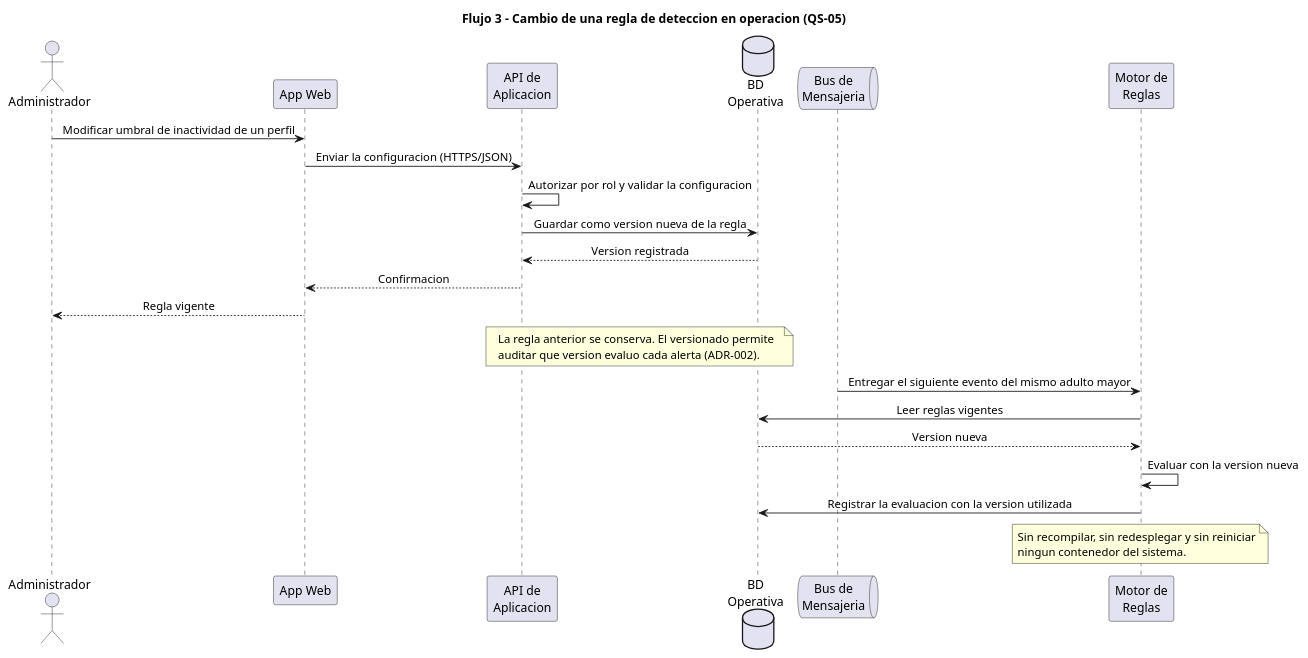
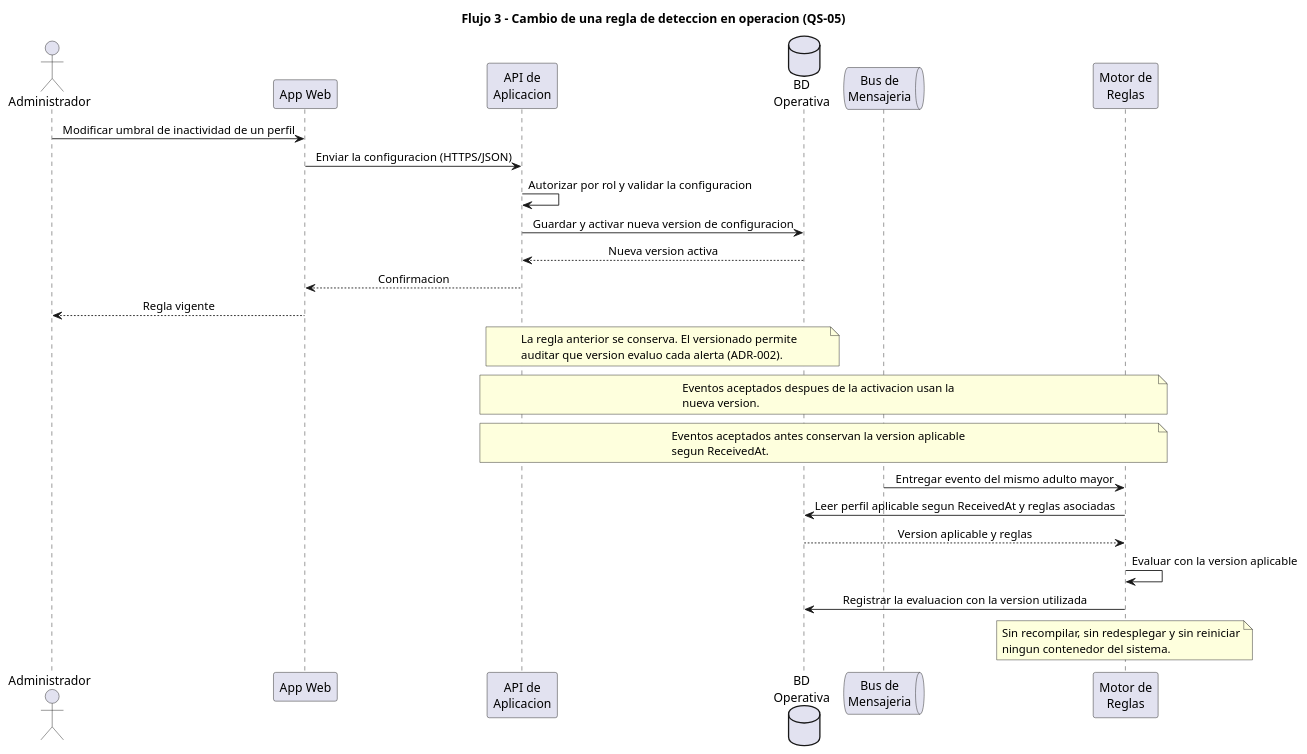
Before and after one commit to pswe04-seniorcarehub/pswe04-senior-care-hub-c2-2026: the third of 3 diagrams in diagramas/comportamiento.puml, drawn with PlantUML. The commit also changed other lines of this file and 1 other file, not shown here.

```diff
--- a/diagramas/comportamiento.puml
+++ b/diagramas/comportamiento.puml
@@ -106,39 +109,49 @@
 @startuml comportamiento-03-cambio-regla
 skinparam backgroundColor transparent
 skinparam sequenceMessageAlign center
 skinparam ParticipantPadding 12
 
 title Flujo 3 - Cambio de una regla de deteccion en operacion (QS-05)
 
 actor "Administrador" as AD
 participant "App Web" as WEB
 participant "API de\nAplicacion" as API
 database "BD\nOperativa" as BDO
 queue "Bus de\nMensajeria" as BUS
 participant "Motor de\nReglas" as MR
 
 AD -> WEB: Modificar umbral de inactividad de un perfil
 WEB -> API: Enviar la configuracion (HTTPS/JSON)
 API -> API: Autorizar por rol y validar la configuracion
-API -> BDO: Guardar como version nueva de la regla
-BDO --> API: Version registrada
+API -> BDO: Guardar y activar nueva version de configuracion
+BDO --> API: Nueva version activa
 API --> WEB: Confirmacion
 WEB --> AD: Regla vigente
 
 note over API, BDO
   La regla anterior se conserva. El versionado permite
   auditar que version evaluo cada alerta (ADR-002).
 end note
 
-BUS -> MR: Entregar el siguiente evento del mismo adulto mayor
-MR -> BDO: Leer reglas vigentes
-BDO --> MR: Version nueva
-MR -> MR: Evaluar con la version nueva
+note over API, MR
+  Eventos aceptados despues de la activacion usan la 
+  nueva version.
+end note
+
+note over API, MR
+  Eventos aceptados antes conservan la version aplicable 
+  segun ReceivedAt.
+end note
+
+BUS -> MR: Entregar evento del mismo adulto mayor
+MR -> BDO: Leer perfil aplicable segun ReceivedAt y reglas asociadas
+BDO --> MR: Version aplicable y reglas  
+MR -> MR: Evaluar con la version aplicable
 MR -> BDO: Registrar la evaluacion con la version utilizada
 
 note over MR
   Sin recompilar, sin redesplegar y sin reiniciar
   ningun contenedor del sistema.
 end note
 
 @enduml
```
